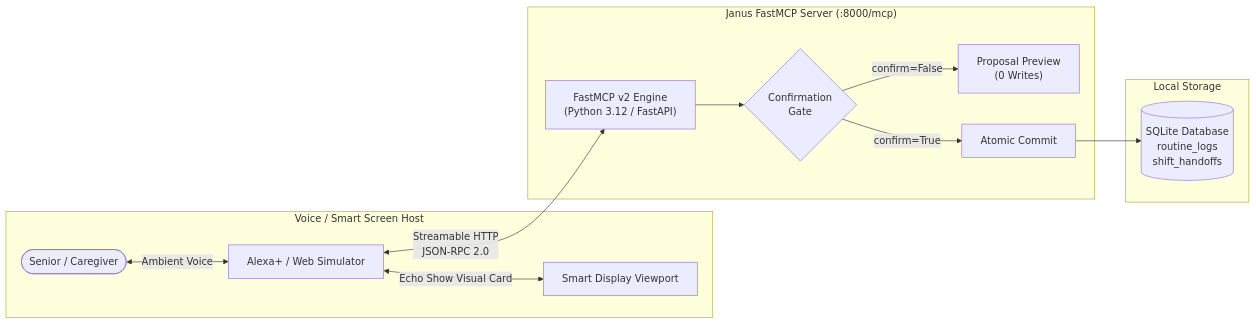
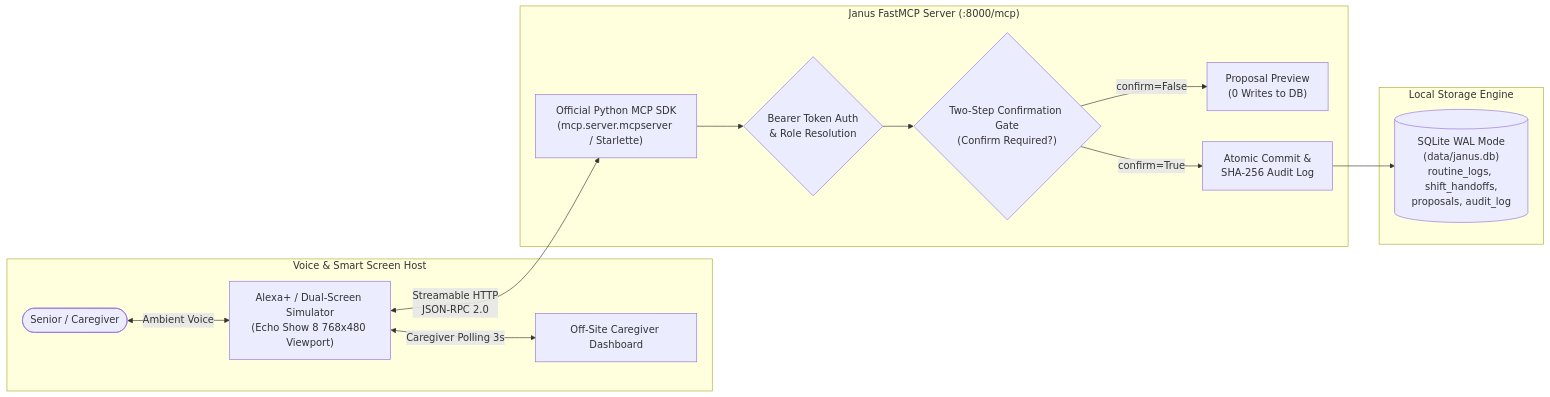
Before and after one commit to anshkumarraix-dev/JANUS-ARC: the diagram in README.md, drawn with Mermaid. The commit also changed other lines of this file and 6 other files, not shown here.

````diff
--- a/README.md
+++ b/README.md
@@ -21,18 +22,19 @@
 ```mermaid
 flowchart LR
-    subgraph Host ["Voice / Smart Screen Host"]
-        User(["Senior / Caregiver"]) <-->|Ambient Voice| Alexa["Alexa+ / Web Simulator"]
-        Alexa <-->|Echo Show Visual Card| Display["Smart Display Viewport"]
+    subgraph Host ["Voice & Smart Screen Host"]
+        User(["Senior / Caregiver"]) <-->|Ambient Voice| Alexa["Alexa+ / Dual-Screen Simulator\n(Echo Show 8 768x480 Viewport)"]
+        Alexa <-->|Caregiver Polling 3s| CaregiverDash["Off-Site Caregiver Dashboard"]
     end
 
     subgraph MCP ["Janus FastMCP Server (:8000/mcp)"]
-        Alexa <-->|Streamable HTTP\nJSON-RPC 2.0| FastMCP["FastMCP v2 Engine\n(Python 3.12 / FastAPI)"]
-        FastMCP --> Gate{"Confirmation\nGate"}
-        Gate -->|confirm=False| Preview["Proposal Preview\n(0 Writes)"]
-        Gate -->|confirm=True| Commit["Atomic Commit"]
+        Alexa <-->|Streamable HTTP\nJSON-RPC 2.0| Engine["Official Python MCP SDK\n(mcp.server.mcpserver / Starlette)"]
+        Engine --> Auth{"Bearer Token Auth\n& Role Resolution"}
+        Auth --> Gate{"Two-Step Confirmation Gate\n(Confirm Required?)"}
+        Gate -->|confirm=False| Preview["Proposal Preview\n(0 Writes to DB)"]
+        Gate -->|confirm=True| Commit["Atomic Commit &\nSHA-256 Audit Log"]
     end
 
-    subgraph Storage ["Local Storage"]
-        Commit --> DB[("SQLite Database\nroutine_logs\nshift_handoffs")]
+    subgraph Storage ["Local Storage Engine"]
+        Commit --> DB[("SQLite WAL Mode\n(data/janus.db)\nroutine_logs, shift_handoffs,\nproposals, audit_log")]
     end
 ```
````
